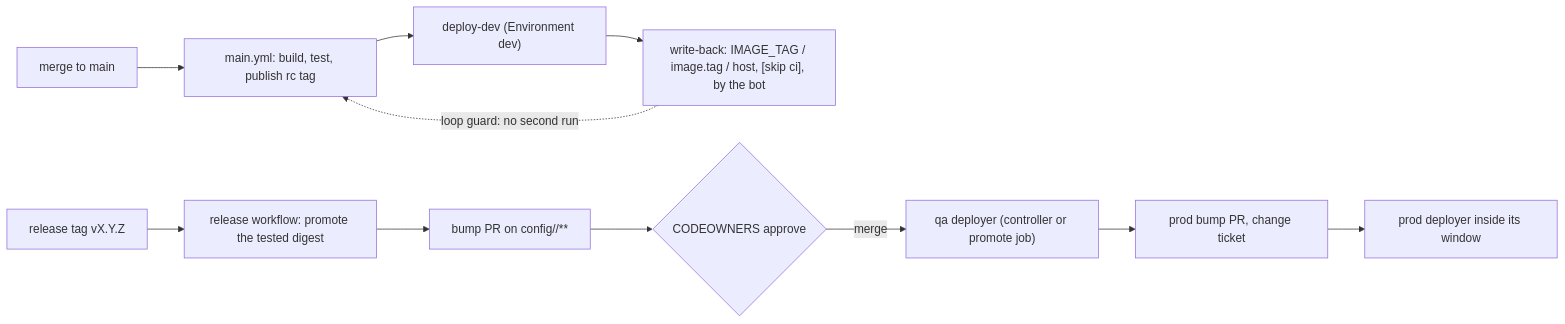
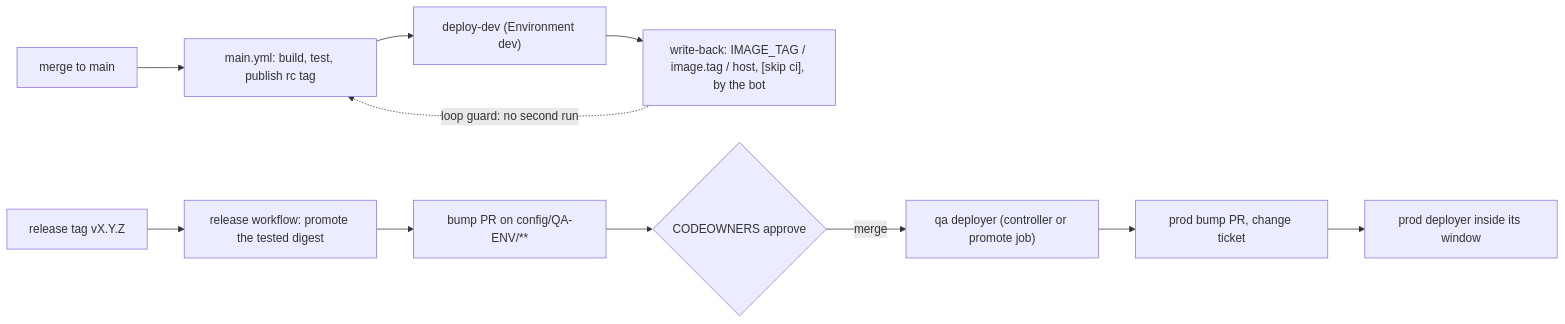
The diagram in .claude/skills/gha-config-deploy/references/promotion.md (crazymatthsu/github-demo), drawn with Mermaid before and after one commit. The commit also changed other lines of this file and 7 other files, not shown here.

````diff
--- a/.claude/skills/gha-config-deploy/references/promotion.md
+++ b/.claude/skills/gha-config-deploy/references/promotion.md
@@ -20,12 +20,12 @@
 ```mermaid
 flowchart LR
   merge["merge to main"] --> main["main.yml: build, test, publish rc tag"]
   main --> dd["deploy-dev (Environment dev)"]
   dd --> wb["write-back: IMAGE_TAG / image.tag / host, [skip ci], by the bot"]
   wb -. "loop guard: no second run" .-> main
   tag["release tag vX.Y.Z"] --> rel["release workflow: promote the tested digest"]
-  rel --> pr["bump PR on config/<qa env>/**"]
+  rel --> pr["bump PR on config/QA-ENV/**"]
   pr --> ok{"CODEOWNERS approve"}
   ok -- merge --> qa["qa deployer (controller or promote job)"]
   qa --> prodpr["prod bump PR, change ticket"] --> prod["prod deployer inside its window"]
 ```
````
